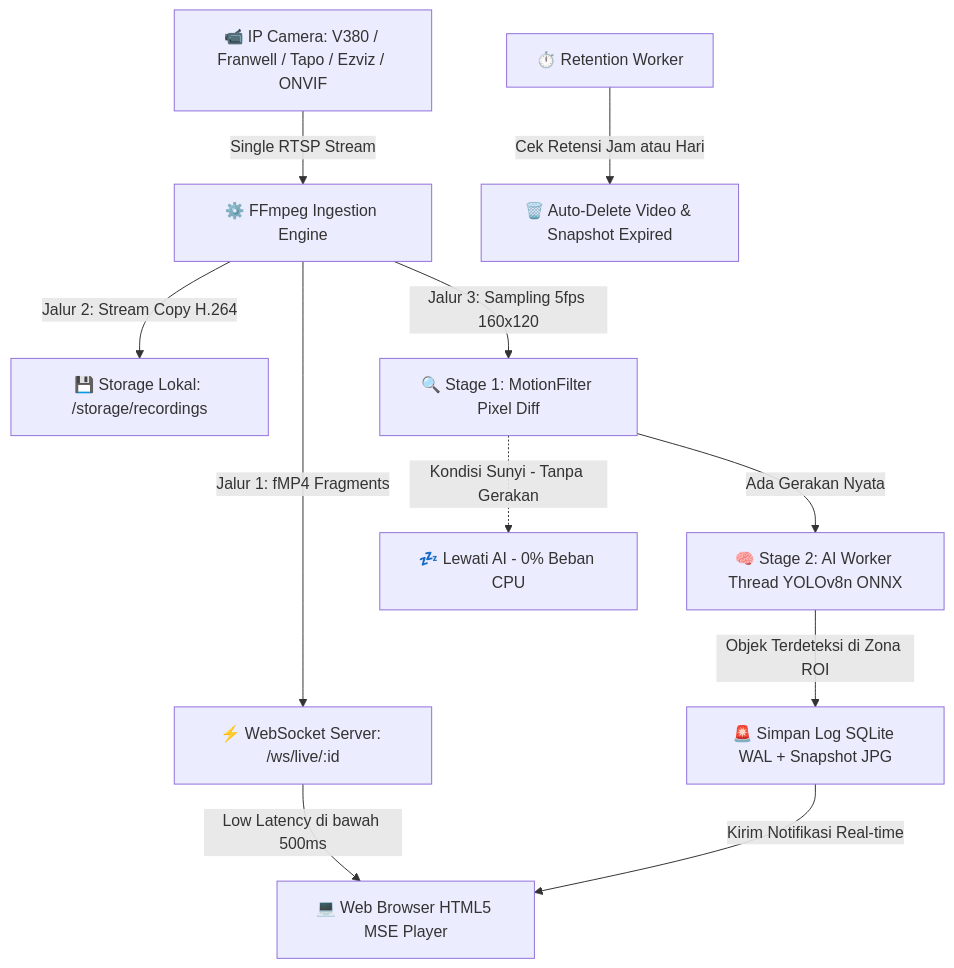
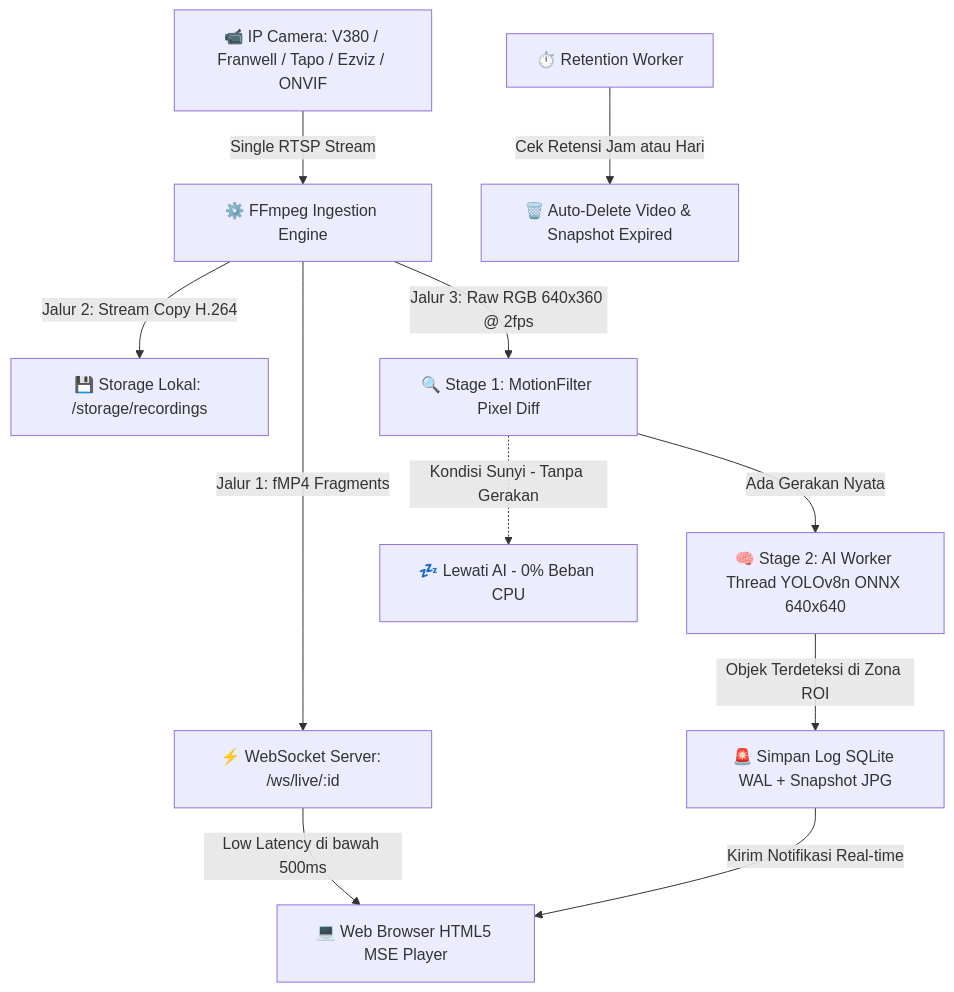
Before and after one commit to jnckcode/NYXNVR: the diagram in README.md, drawn with Mermaid. The commit also changed other lines of this file, not shown here.

Commit message:
docs: update architecture diagram and feature spec to accurately reflect Raw RGB 640x360 @ 2fps sampling

````diff
--- a/README.md
+++ b/README.md
@@ -43,18 +43,18 @@
 ```mermaid
 flowchart TD
     CAM["📹 IP Camera: V380 / Franwell / Tapo / Ezviz / ONVIF"] -->|"Single RTSP Stream"| FFMPEG["⚙️ FFmpeg Ingestion Engine"]
     
     FFMPEG -->|"Jalur 1: fMP4 Fragments"| WS["⚡ WebSocket Server: /ws/live/:id"]
     FFMPEG -->|"Jalur 2: Stream Copy H.264"| DISK["💾 Storage Lokal: /storage/recordings"]
-    FFMPEG -->|"Jalur 3: Sampling 5fps 160x120"| FILTER["🔍 Stage 1: MotionFilter Pixel Diff"]
+    FFMPEG -->|"Jalur 3: Raw RGB 640x360 @ 2fps"| FILTER["🔍 Stage 1: MotionFilter Pixel Diff"]
     
     WS -->|"Low Latency di bawah 500ms"| BROWSER["💻 Web Browser HTML5 MSE Player"]
     
-    FILTER -->|"Ada Gerakan Nyata"| AI["🧠 Stage 2: AI Worker Thread YOLOv8n ONNX"]
+    FILTER -->|"Ada Gerakan Nyata"| AI["🧠 Stage 2: AI Worker Thread YOLOv8n ONNX 640x640"]
     FILTER -.->|"Kondisi Sunyi - Tanpa Gerakan"| IDLE["💤 Lewati AI - 0% Beban CPU"]
     
     AI -->|"Objek Terdeteksi di Zona ROI"| EVT["🚨 Simpan Log SQLite WAL + Snapshot JPG"]
     EVT -->|"Kirim Notifikasi Real-time"| BROWSER
     
     RETENTION["⏱️ Retention Worker"] -->|"Cek Retensi Jam atau Hari"| CLEANUP["🗑️ Auto-Delete Video & Snapshot Expired"]
 ```
````
